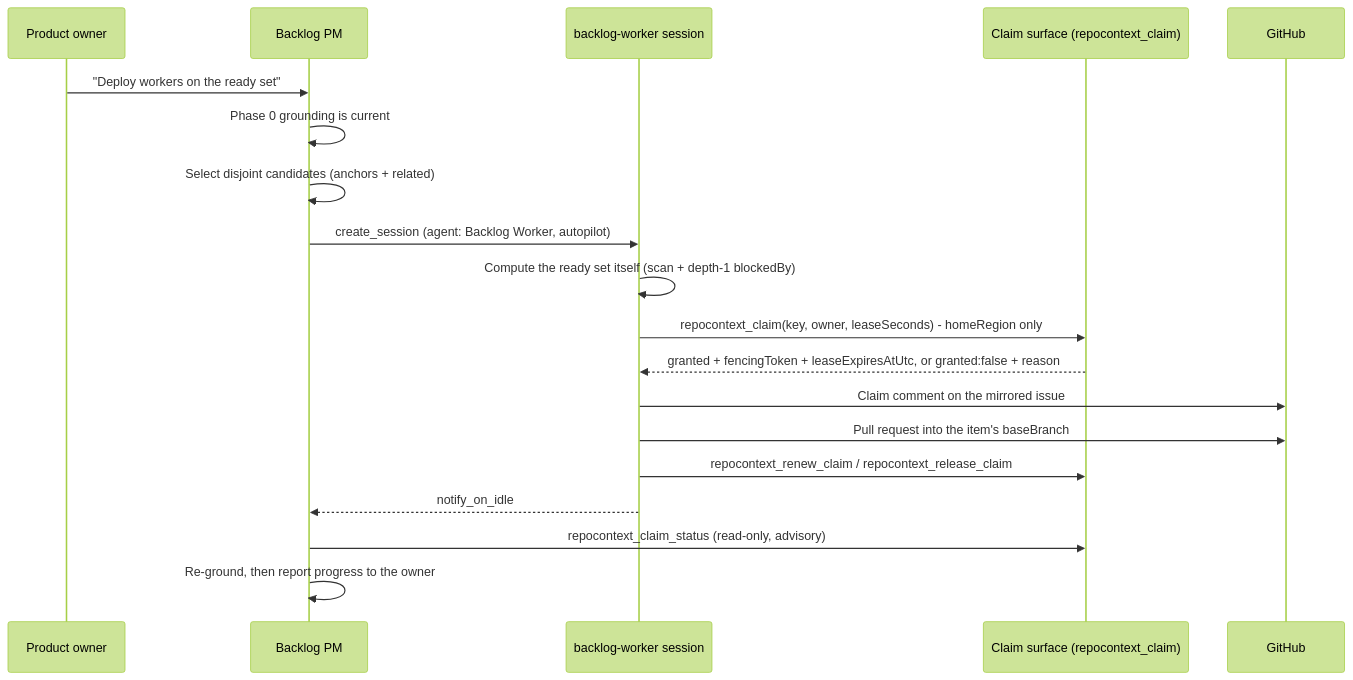
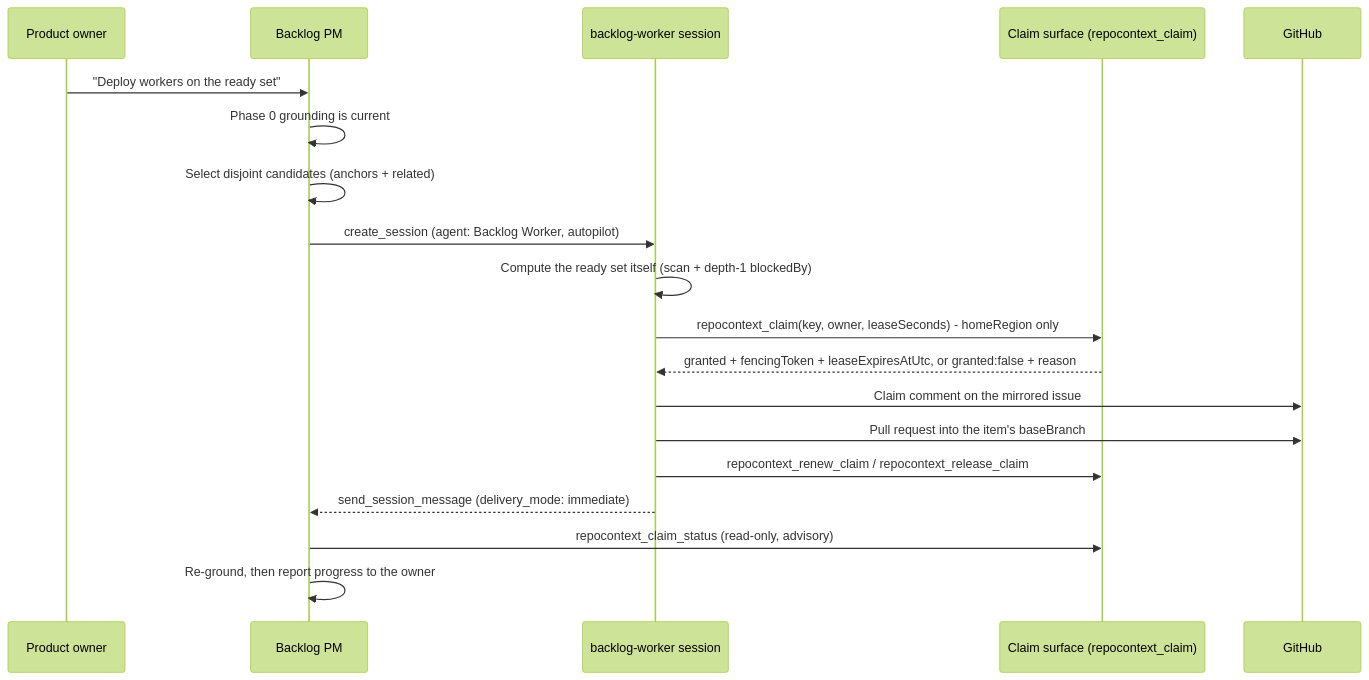
Before and after one commit to NSTA1/Orleans.Lattice: the third of 3 diagrams in samples/AgentBacklog/template/backlog-pm.base.md, drawn with Mermaid (forest theme). The commit also changed other lines of this file and 1 other file, not shown here.

First line of the commit message:
docs: route backlog worker reports onto the immediate message lane

````diff
--- a/samples/AgentBacklog/template/backlog-pm.base.md
+++ b/samples/AgentBacklog/template/backlog-pm.base.md
@@ -501,22 +501,22 @@
 ```mermaid
 sequenceDiagram
     participant PO as Product owner
     participant PM as Backlog PM
     participant W as backlog-worker session
     participant L as Claim surface (repocontext_claim)
     participant GH as GitHub
 
     PO->>PM: "Deploy workers on the ready set"
     PM->>PM: Phase 0 grounding is current
     PM->>PM: Select disjoint candidates (anchors + related)
     PM->>W: create_session (agent: Backlog Worker, autopilot)
     W->>W: Compute the ready set itself (scan + depth-1 blockedBy)
     W->>L: repocontext_claim(key, owner, leaseSeconds) - homeRegion only
     L-->>W: granted + fencingToken + leaseExpiresAtUtc, or granted:false + reason
     W->>GH: Claim comment on the mirrored issue
     W->>GH: Pull request into the item's baseBranch
     W->>L: repocontext_renew_claim / repocontext_release_claim
-    W-->>PM: notify_on_idle
+    W-->>PM: send_session_message (delivery_mode: immediate)
     PM->>L: repocontext_claim_status (read-only, advisory)
     PM->>PM: Re-ground, then report progress to the owner
 ```
````
